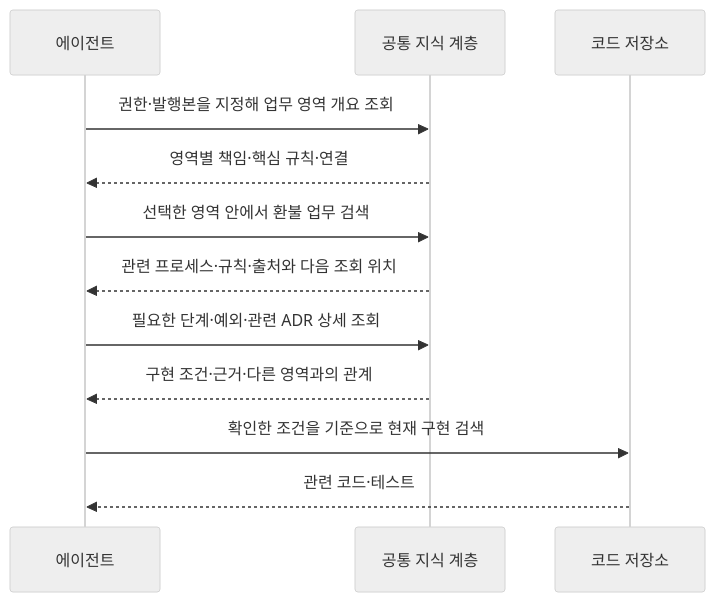
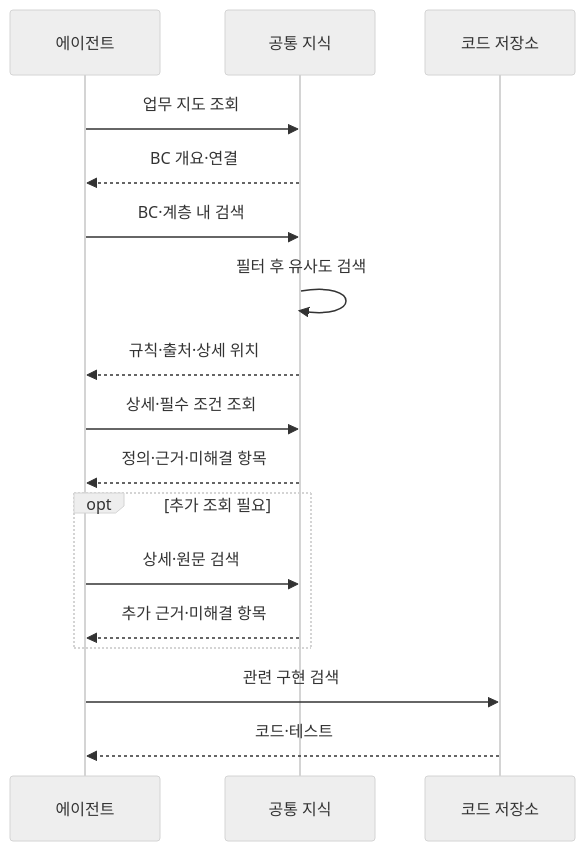
Before and after one commit to haandol/haandol.github.com: the sixth of 9 diagrams in _posts/2026-11-05-enterprise-wide-ax-essentials.md, drawn with Mermaid (neutral theme). The commit also changed other lines of this file and 1 other file, not shown here.

````diff
--- a/_posts/2026-11-05-enterprise-wide-ax-essentials.md
+++ b/_posts/2026-11-05-enterprise-wide-ax-essentials.md
@@ -277,14 +287,19 @@
 ```mermaid
 sequenceDiagram
   participant A as 에이전트
-  participant K as 공통 지식 계층
+  participant K as 공통 지식
   participant C as 코드 저장소
-  A->>K: 권한·발행본을 지정해 업무 영역 개요 조회
-  K-->>A: 영역별 책임·핵심 규칙·연결
-  A->>K: 선택한 영역 안에서 환불 업무 검색
-  K-->>A: 관련 프로세스·규칙·출처와 다음 조회 위치
-  A->>K: 필요한 단계·예외·관련 ADR 상세 조회
-  K-->>A: 구현 조건·근거·다른 영역과의 관계
-  A->>C: 확인한 조건을 기준으로 현재 구현 검색
-  C-->>A: 관련 코드·테스트
+  A->>K: 업무 지도 조회
+  K-->>A: BC 개요·연결
+  A->>K: BC·계층 내 검색
+  K->>K: 필터 후 유사도 검색
+  K-->>A: 규칙·출처·상세 위치
+  A->>K: 상세·필수 조건 조회
+  K-->>A: 정의·근거·미해결 항목
+  opt 추가 조회 필요
+    A->>K: 상세·원문 검색
+    K-->>A: 추가 근거·미해결 항목
+  end
+  A->>C: 관련 구현 검색
+  C-->>A: 코드·테스트
 ```
````
